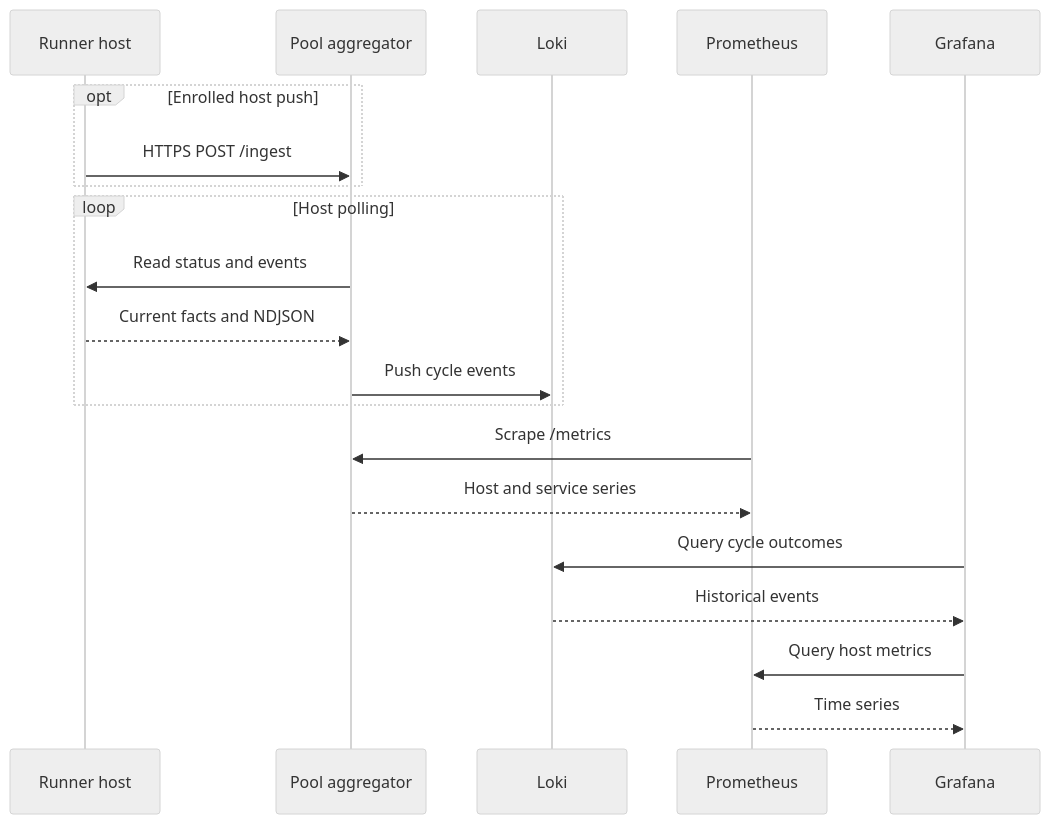
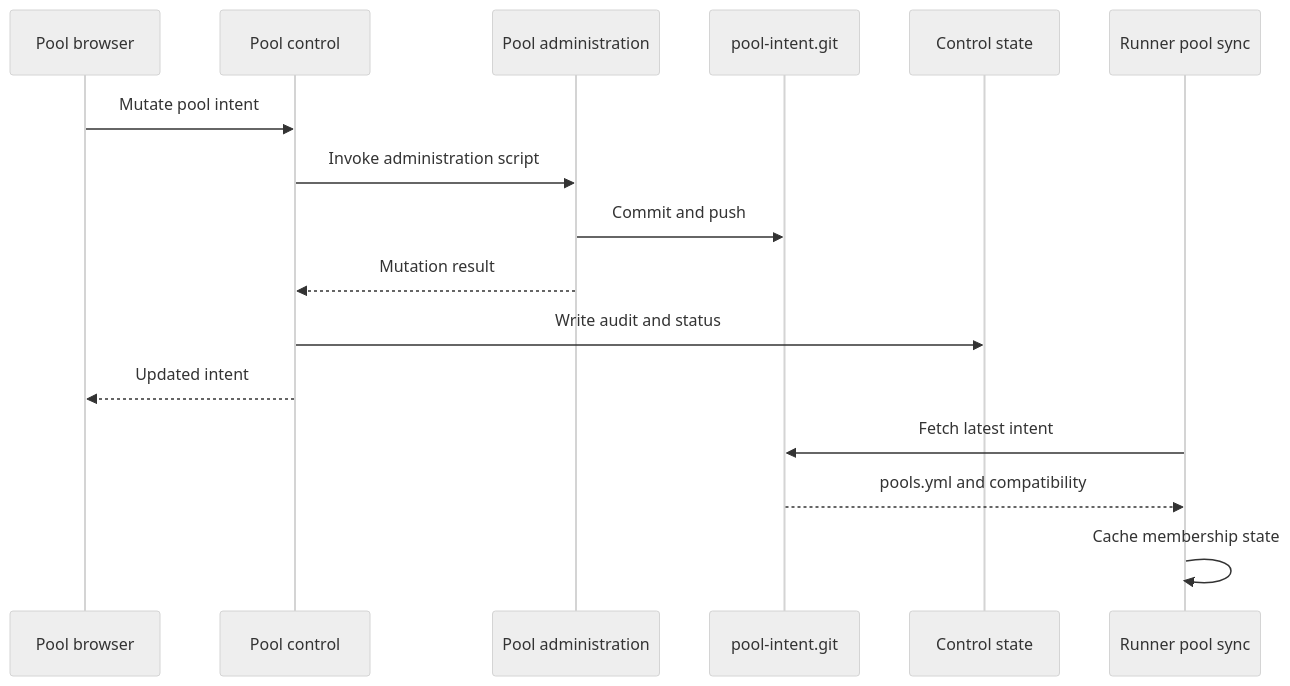
Before and after one commit to alissonsol/yuruna: the eighth of 8 diagrams in docs/design/03-data-flows.md, drawn with Mermaid (neutral theme). The commit also changed other lines of this file and 1343 other files, not shown here.

````diff
--- a/docs/design/03-data-flows.md
+++ b/docs/design/03-data-flows.md
@@ -339,22 +248,18 @@
 ```mermaid
 sequenceDiagram
-    participant start-statusservice-ps1 as Runner host
-    participant pool-aggregator-service as Pool aggregator
-    participant loki as Loki
-    participant prometheus as Prometheus
-    participant grafana as Grafana
-    opt Enrolled host push
-        start-statusservice-ps1->>pool-aggregator-service: HTTPS POST /ingest
-    end
-    loop Host polling
-        pool-aggregator-service->>start-statusservice-ps1: Read status and events
-        start-statusservice-ps1-->>pool-aggregator-service: Current facts and NDJSON
-        pool-aggregator-service->>loki: Push cycle events
-    end
-    prometheus->>pool-aggregator-service: Scrape /metrics
-    pool-aggregator-service-->>prometheus: Host and service series
-    grafana->>loki: Query cycle outcomes
-    loki-->>grafana: Historical events
-    grafana->>prometheus: Query host metrics
-    prometheus-->>grafana: Time series
+    participant pools-js as Pool browser
+    participant pool-control-service as Pool control
+    participant test-pool as Pool administration
+    participant pool-intent-git as pool-intent.git
+    participant pool-control-service-state as Control state
+    participant test-pool-sync-psm1 as Runner pool sync
+    pools-js->>pool-control-service: Mutate pool intent
+    pool-control-service->>test-pool: Invoke administration script
+    test-pool->>pool-intent-git: Commit and push
+    test-pool-->>pool-control-service: Mutation result
+    pool-control-service->>pool-control-service-state: Write audit and status
+    pool-control-service-->>pools-js: Updated intent
+    test-pool-sync-psm1->>pool-intent-git: Fetch latest intent
+    pool-intent-git-->>test-pool-sync-psm1: pools.yml and compatibility
+    test-pool-sync-psm1->>test-pool-sync-psm1: Cache membership state
 ```
````
